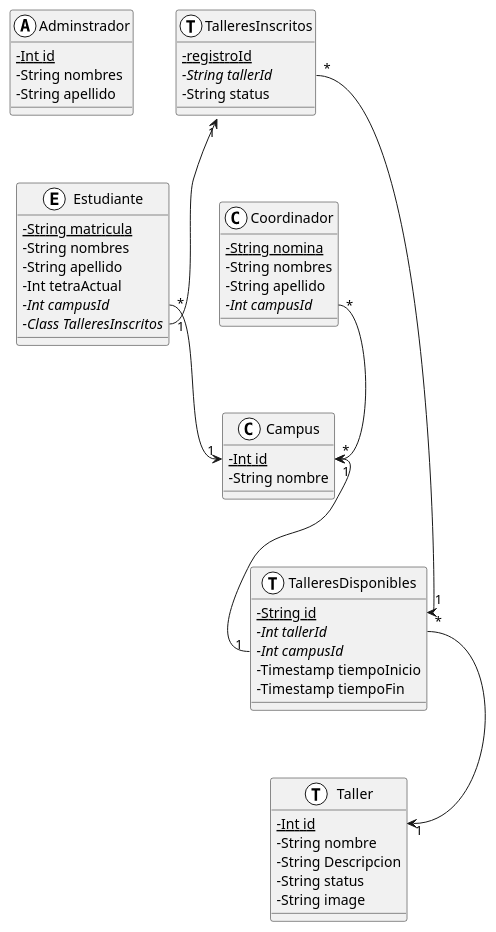
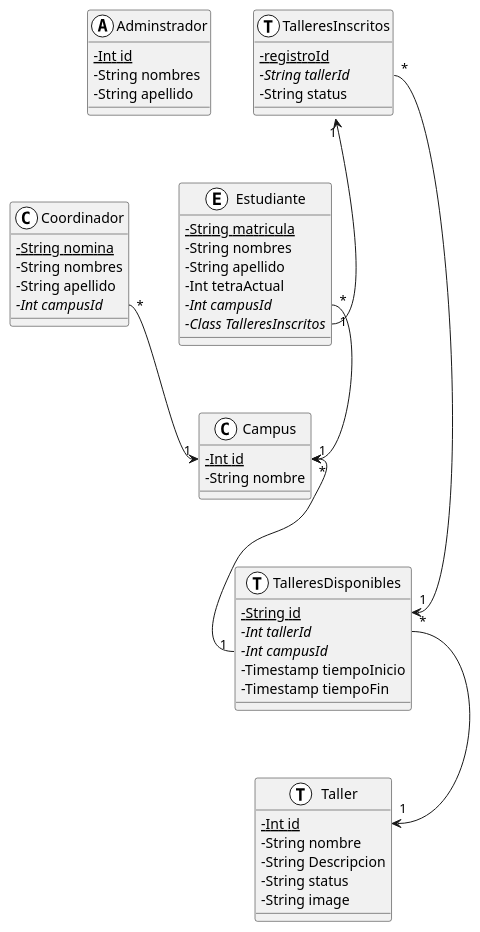
One commit to facund015/codeRelatedObsidianNotes changed the diagram in Reto/Base de datos.md. Above: the diagram before and after it, drawn with PlantUML.

Commit message:
vault backup: 2021-10-13 09:37:14

````diff
--- a/Reto/Base de datos.md
+++ b/Reto/Base de datos.md
@@ -2,65 +2,64 @@
 ```plantuml
 @startuml
 skinparam classAttributeIconSize 0
 
 class Adminstrador <<(A,white)>> {
 	{static} -Int id
 	-String nombres
 	-String apellido
 }
-
+class Coordinador <<(C,white)>> {
+	{static} -String nomina
+	-String nombres
+	-String apellido
+	{abstract} -Int campusId
+}
 class Estudiante <<(E,white)>> {
 	{static} - String matricula
 	-String nombres
 	-String apellido
 	-Int tetraActual
 	{abstract} -Int campusId
 	{abstract} -Class TalleresInscritos
 }
 
 class Campus <<(C,white)>> {
 	{static} -Int id
 	-String nombre
 }
 
 class TalleresInscritos <<(T,white)>> {
 	{static} -registroId 
 	{abstract} -String tallerId
 	-String status
 }
 
-class Coordinador <<(C,white)>> {
-	{static} -String nomina
-	-String nombres
-	-String apellido
-	{abstract} -Int campusId
-}
 
 class Taller <<(T,white)>> {
     {static} -Int id 
     - String nombre
 	- String Descripcion
     - String status
     - String image
 }
 
 class TalleresDisponibles <<(T, white)>> {
 	{static} -String id
 	{abstract} -Int tallerId
 	{abstract} -Int campusId
 	-Timestamp tiempoInicio
 	-Timestamp tiempoFin
 }
 
 
 
 
 TalleresInscritos "1" <-- "1" Estudiante::TalleresInscritos
 TalleresInscritos::tallerId "*" --> "1" TalleresDisponibles::id
 TalleresDisponibles::tallerId "*" --> "1" Taller::id
 Campus::id "*" <-- "1" TalleresDisponibles::campusId
 Estudiante::campusId "*" --> "1" Campus::id
 Coordinador::campusId "*" --> "1" Campus::id 
 
 @enduml
 ```
````
